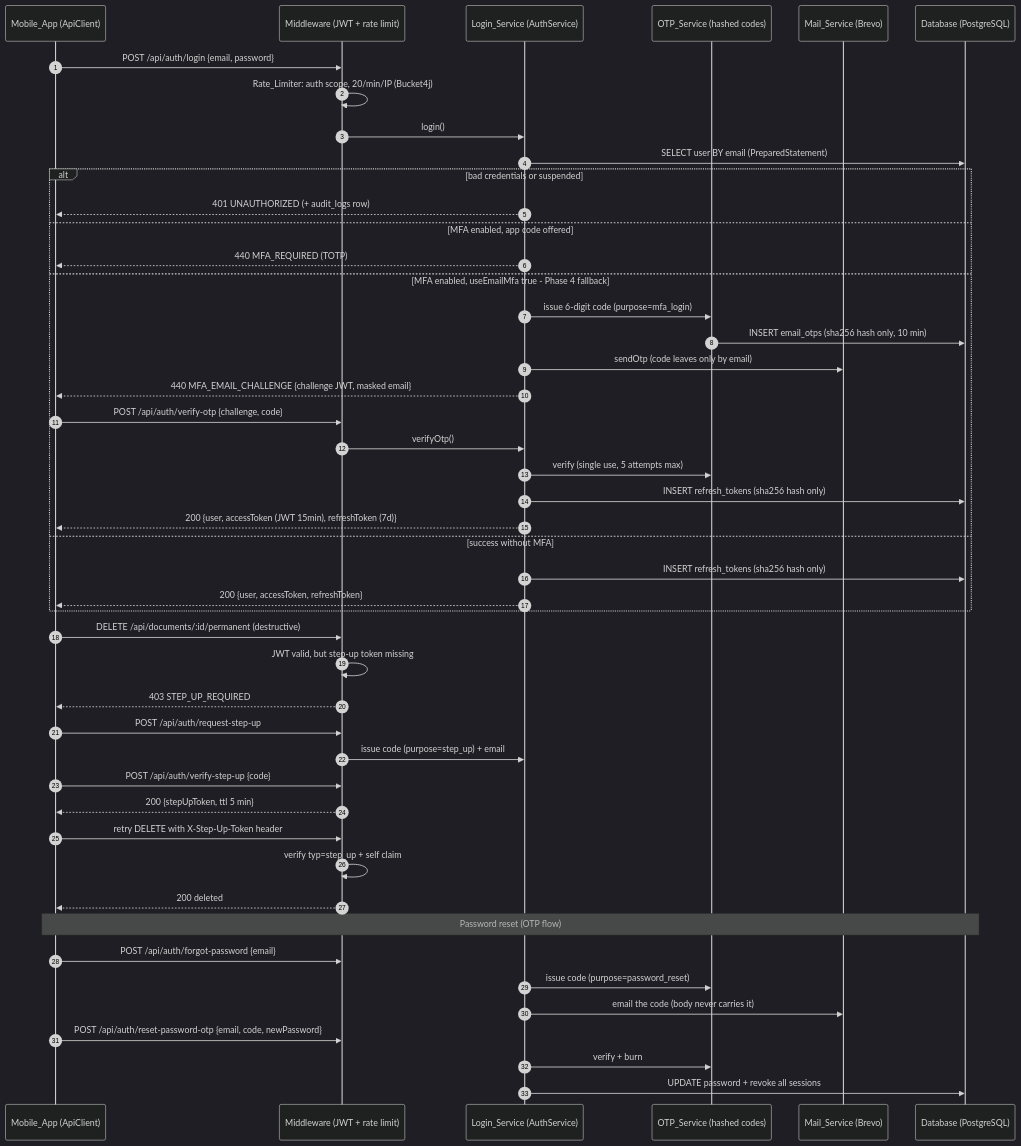
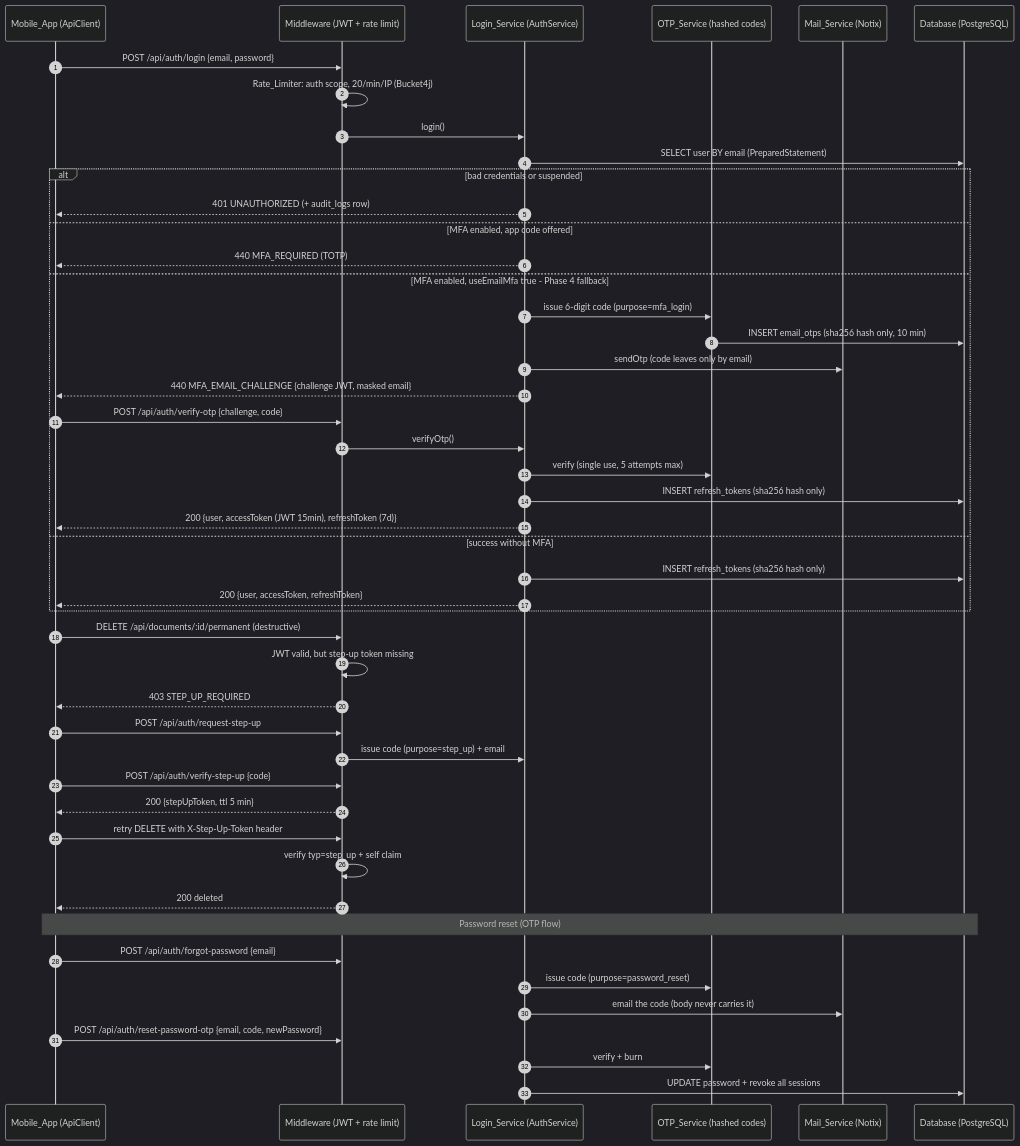
One commit to Solouser-9/DocuTrust changed the diagram in DocuTrust/docs/diagrams/src/auth-flow.mmd. Above: the diagram before and after it, drawn with Mermaid (dark theme). The commit also changed 29 other files, not shown here.

```diff
--- a/DocuTrust/docs/diagrams/src/auth-flow.mmd
+++ b/DocuTrust/docs/diagrams/src/auth-flow.mmd
@@ -1,52 +1,52 @@
 %% DocuTrust auth lifecycle (Mermaid source) - human-readable participant names
 %% Covers login, MFA email fallback (440), step-up, and OTP password reset.
 sequenceDiagram
     autonumber
     participant Mobile_App as Mobile_App (ApiClient)
     participant Middleware as Middleware (JWT + rate limit)
     participant Login_Service as Login_Service (AuthService)
     participant OTP_Service as OTP_Service (hashed codes)
-    participant Mail_Service as Mail_Service (Brevo)
+    participant Mail_Service as Mail_Service (Notix)
     participant Database as Database (PostgreSQL)
 
     Mobile_App->>Middleware: POST /api/auth/login {email, password}
     Middleware->>Middleware: Rate_Limiter: auth scope, 20/min/IP (Bucket4j)
     Middleware->>Login_Service: login()
     Login_Service->>Database: SELECT user BY email (PreparedStatement)
     alt bad credentials or suspended
         Login_Service-->>Mobile_App: 401 UNAUTHORIZED (+ audit_logs row)
     else MFA enabled, app code offered
         Login_Service-->>Mobile_App: 440 MFA_REQUIRED (TOTP)
     else MFA enabled, useEmailMfa true - Phase 4 fallback
         Login_Service->>OTP_Service: issue 6-digit code (purpose=mfa_login)
         OTP_Service->>Database: INSERT email_otps (sha256 hash only, 10 min)
         Login_Service->>Mail_Service: sendOtp (code leaves only by email)
         Login_Service-->>Mobile_App: 440 MFA_EMAIL_CHALLENGE {challenge JWT, masked email}
         Mobile_App->>Middleware: POST /api/auth/verify-otp {challenge, code}
         Middleware->>Login_Service: verifyOtp()
         Login_Service->>OTP_Service: verify (single use, 5 attempts max)
         Login_Service->>Database: INSERT refresh_tokens (sha256 hash only)
         Login_Service-->>Mobile_App: 200 {user, accessToken (JWT 15min), refreshToken (7d)}
     else success without MFA
         Login_Service->>Database: INSERT refresh_tokens (sha256 hash only)
         Login_Service-->>Mobile_App: 200 {user, accessToken, refreshToken}
     end
 
     Mobile_App->>Middleware: DELETE /api/documents/:id/permanent (destructive)
     Middleware->>Middleware: JWT valid, but step-up token missing
     Middleware-->>Mobile_App: 403 STEP_UP_REQUIRED
     Mobile_App->>Middleware: POST /api/auth/request-step-up
     Middleware->>Login_Service: issue code (purpose=step_up) + email
     Mobile_App->>Middleware: POST /api/auth/verify-step-up {code}
     Middleware-->>Mobile_App: 200 {stepUpToken, ttl 5 min}
     Mobile_App->>Middleware: retry DELETE with X-Step-Up-Token header
     Middleware->>Middleware: verify typ=step_up + self claim
     Middleware-->>Mobile_App: 200 deleted
 
     Note over Mobile_App,Database: Password reset (OTP flow)
     Mobile_App->>Middleware: POST /api/auth/forgot-password {email}
     Login_Service->>OTP_Service: issue code (purpose=password_reset)
     Login_Service->>Mail_Service: email the code (body never carries it)
     Mobile_App->>Middleware: POST /api/auth/reset-password-otp {email, code, newPassword}
     Login_Service->>OTP_Service: verify + burn
     Login_Service->>Database: UPDATE password + revoke all sessions
```
